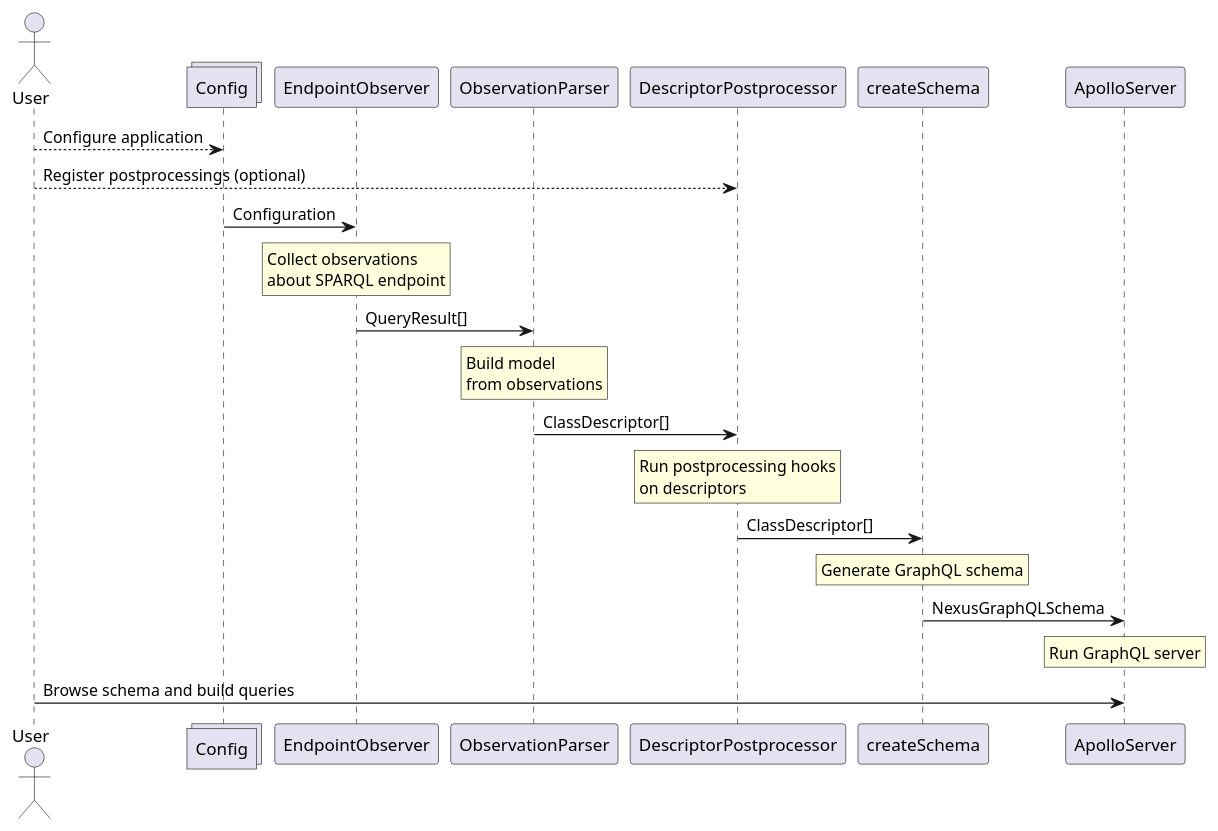
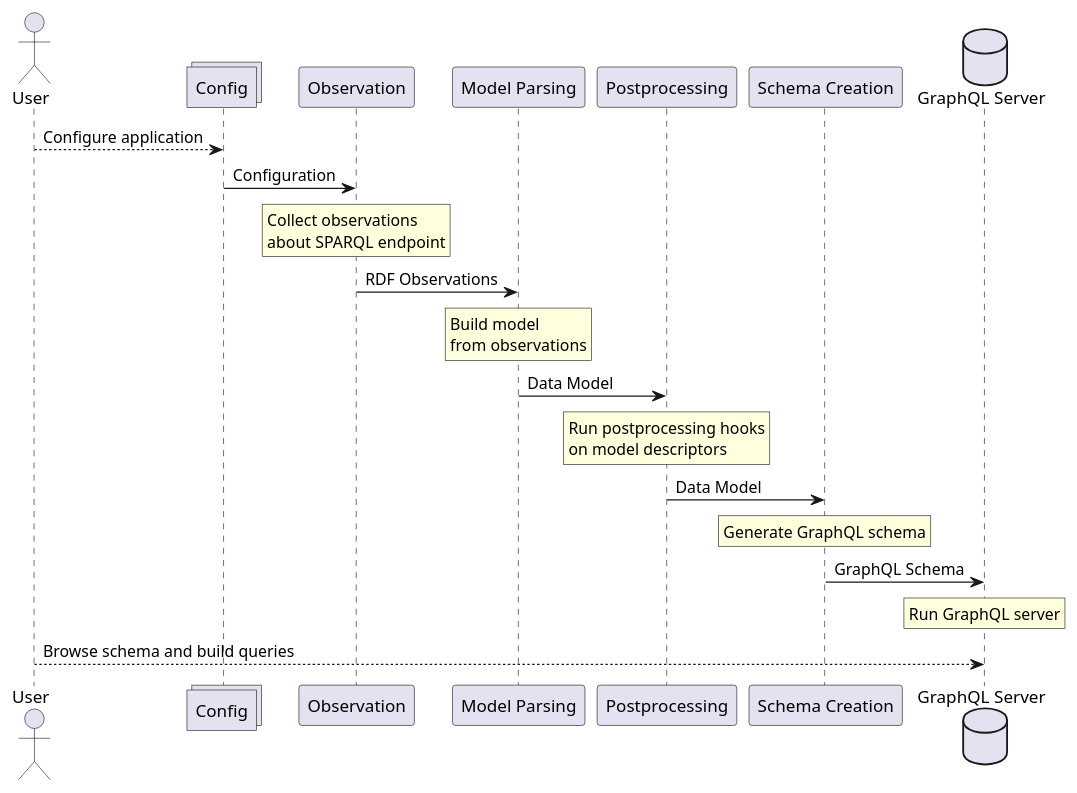
Before and after one commit to mff-uk/sparqless: the diagram in diagrams/observation.plantuml, drawn with PlantUML. The commit also changed 64 other files, not shown here.

First line of the commit message:
feat(schema): add support for union types in associations, add model checkpointing (#7)

```diff
--- a/diagrams/observation.plantuml
+++ b/diagrams/observation.plantuml
@@ -1,48 +1,47 @@
 @startuml
 actor User
 collections Config as config.ts
-participant EndpointObserver
-participant ObservationParser
-participant DescriptorPostprocessor
-participant createSchema
-participant ApolloServer
+participant Observation
+participant "Model Parsing"
+participant Postprocessing
+participant "Schema Creation"
+database "GraphQL Server"
 
 User --> config.ts: Configure application
-User --> DescriptorPostprocessor: Register postprocessings (optional)
 
-config.ts -> EndpointObserver: Configuration
+config.ts -> Observation: Configuration
 
-rnote over EndpointObserver
+rnote over Observation
   Collect observations
   about SPARQL endpoint
 endrnote
 
-EndpointObserver -> ObservationParser: QueryResult[]
+Observation -> "Model Parsing": RDF Observations
 
-rnote over ObservationParser
+rnote over "Model Parsing"
   Build model
   from observations
 endrnote
 
-ObservationParser -> DescriptorPostprocessor: ClassDescriptor[]
+"Model Parsing" -> Postprocessing: Data Model
 
-rnote over DescriptorPostprocessor
+rnote over Postprocessing
   Run postprocessing hooks
-  on descriptors
+  on model descriptors
 endrnote
 
-DescriptorPostprocessor -> createSchema: ClassDescriptor[]
+Postprocessing -> "Schema Creation": Data Model
 
-rnote over createSchema
+rnote over "Schema Creation"
   Generate GraphQL schema
 endrnote
 
-createSchema -> ApolloServer: NexusGraphQLSchema
+"Schema Creation" -> "GraphQL Server": GraphQL Schema
 
-rnote over ApolloServer
+rnote over "GraphQL Server"
   Run GraphQL server
 endrnote
 
-User -> ApolloServer: Browse schema and build queries
+User --> "GraphQL Server": Browse schema and build queries
 
 @enduml
```
